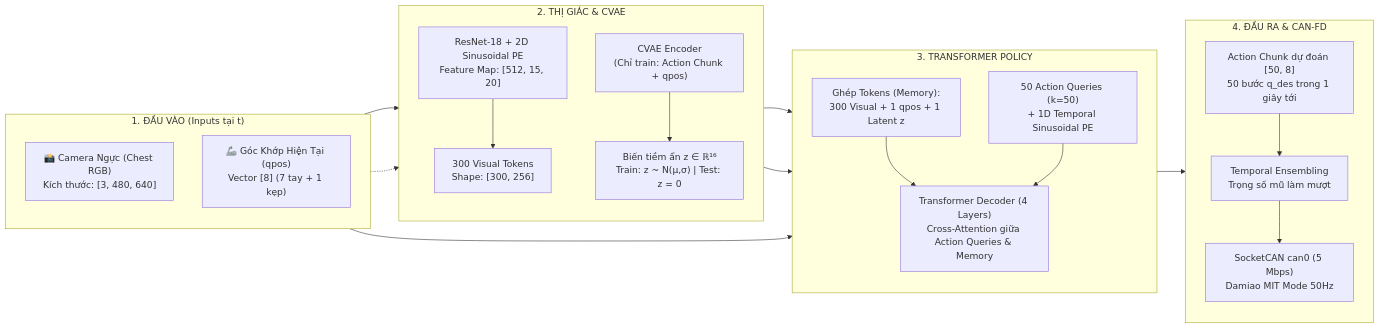
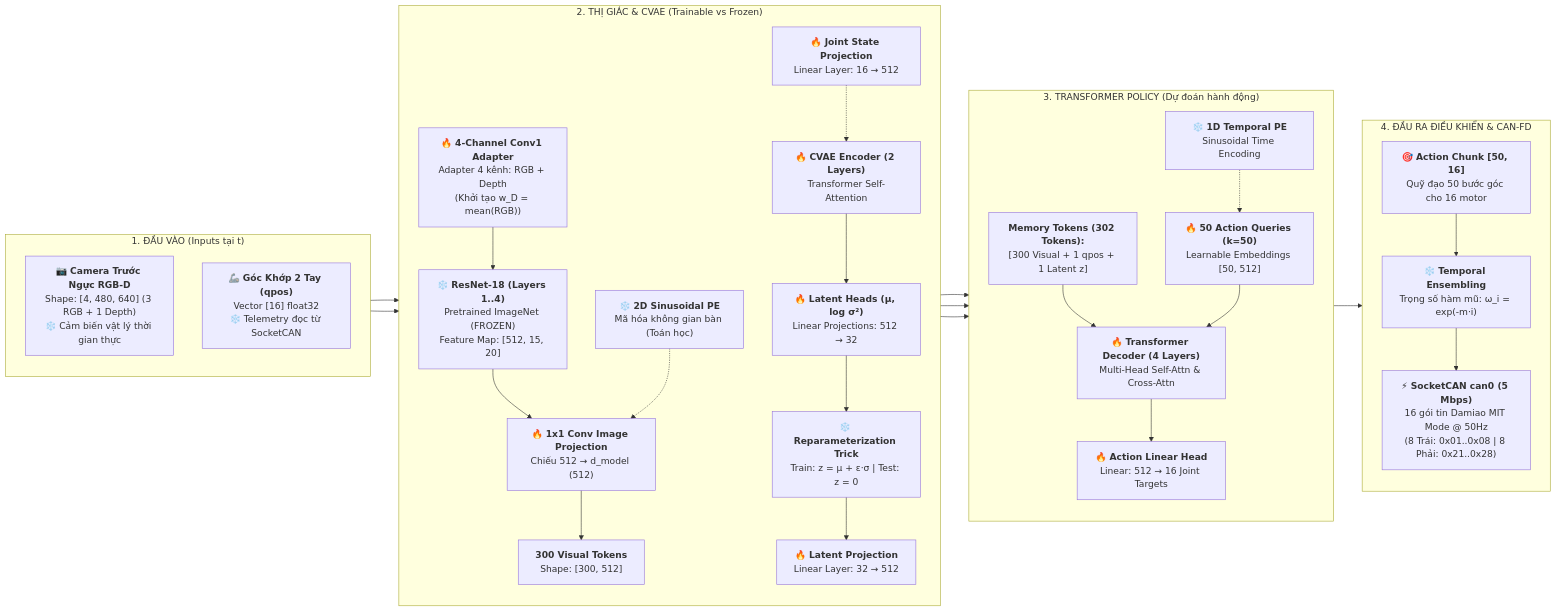
One commit to hoanglmv/openarm_can changed the diagram in ACT_ARCHITECTURE.md. Above: the diagram before and after it, drawn with Mermaid. The commit also changed other lines of this file and 15 other files, not shown here.

````diff
--- a/ACT_ARCHITECTURE.md
+++ b/ACT_ARCHITECTURE.md
@@ -5,53 +9,64 @@
 ```mermaid
 flowchart LR
     %% -------------------------------------------------------------
     %% SUBGRAPH 1: INPUTS
     %% -------------------------------------------------------------
     subgraph G1 ["1. ĐẦU VÀO (Inputs tại t)"]
         direction TB
-        CamChest["📸 Camera Ngực (Chest RGB)\nKích thước: [3, 480, 640]"]
-        JointState["🦾 Góc Khớp Hiện Tại (qpos)\nVector [8] (7 tay + 1 kẹp)"]
+        CamRGBD["📷 <b>Camera Trước Ngực RGB-D</b>\nShape: [4, 480, 640] (3 RGB + 1 Depth)\n❄️ Cảm biến vật lý thời gian thực"]
+        JointState["🦾 <b>Góc Khớp 2 Tay (qpos)</b>\nVector [16] float32\n❄️ Telemetry đọc từ SocketCAN"]
     end
 
     %% -------------------------------------------------------------
     %% SUBGRAPH 2: BACKBONE & CVAE
     %% -------------------------------------------------------------
-    subgraph G2 ["2. THỊ GIÁC & CVAE"]
+    subgraph G2 ["2. THỊ GIÁC & CVAE (Trainable vs Frozen)"]
         direction TB
-        ResNet["ResNet-18 + 2D Sinusoidal PE\nFeature Map: [512, 15, 20]"]
-        VisualTokens["300 Visual Tokens\nShape: [300, 256]"]
-        CVAE_Enc["CVAE Encoder\n(Chỉ train: Action Chunk + qpos)"]
-        LatentZ["Biến tiềm ẩn z ∈ ℝ¹⁶\nTrain: z ~ N(μ,σ) | Test: z = 0"]
+        Conv1_Adapter["🔥 <b>4-Channel Conv1 Adapter</b>\nAdapter 4 kênh: RGB + Depth\n(Khởi tạo w_D = mean(RGB))"]
+        ResNet["❄️ <b>ResNet-18 (Layers 1..4)</b>\nPretrained ImageNet (FROZEN)\nFeature Map: [512, 15, 20]"]
+        PosEmbed2D["❄️ <b>2D Sinusoidal PE</b>\nMã hóa không gian bàn (Toán học)"]
+        ImgProj["🔥 <b>1x1 Conv Image Projection</b>\nChiếu 512 → d_model (512)"]
+        VisualTokens["<b>300 Visual Tokens</b>\nShape: [300, 512]"]
+        
+        QposProj["🔥 <b>Joint State Projection</b>\nLinear Layer: 16 → 512"]
+        CVAE_Enc["🔥 <b>CVAE Encoder (2 Layers)</b>\nTransformer Self-Attention"]
+        LatentHeads["🔥 <b>Latent Heads (μ, log σ²)</b>\nLinear Projections: 512 → 32"]
+        Reparam["❄️ <b>Reparameterization Trick</b>\nTrain: z = μ + ε·σ | Test: z = 0"]
+        LatentProj["🔥 <b>Latent Projection</b>\nLinear Layer: 32 → 512"]
     end
 
     %% -------------------------------------------------------------
     %% SUBGRAPH 3: TRANSFORMER POLICY
     %% -------------------------------------------------------------
-    subgraph G3 ["3. TRANSFORMER POLICY"]
+    subgraph G3 ["3. TRANSFORMER POLICY (Dự đoán hành động)"]
         direction TB
-        TokenMixer["Ghép Tokens (Memory):\n300 Visual + 1 qpos + 1 Latent z"]
-        TransDecoder["Transformer Decoder (4 Layers)\nCross-Attention giữa Action Queries & Memory"]
-        ActionQueries["50 Action Queries (k=50)\n+ 1D Temporal Sinusoidal PE"]
+        TokenMixer["<b>Memory Tokens (302 Tokens):</b>\n[300 Visual + 1 qpos + 1 Latent z]"]
+        ActionQueries["🔥 <b>50 Action Queries (k=50)</b>\nLearnable Embeddings [50, 512]"]
+        TemporalPE["❄️ <b>1D Temporal PE</b>\nSinusoidal Time Encoding"]
+        TransDecoder["🔥 <b>Transformer Decoder (4 Layers)</b>\nMulti-Head Self-Attn & Cross-Attn"]
+        ActionHead["🔥 <b>Action Linear Head</b>\nLinear: 512 → 16 Joint Targets"]
     end
 
     %% -------------------------------------------------------------
     %% SUBGRAPH 4: OUTPUT & CAN-FD
     %% -------------------------------------------------------------
-    subgraph G4 ["4. ĐẦU RA & CAN-FD"]
+    subgraph G4 ["4. ĐẦU RA ĐIỀU KHIỂN & CAN-FD"]
         direction TB
-        ActionChunk["Action Chunk dự đoán [50, 8]\n50 bước q_des trong 1 giây tới"]
-        Ensemble["Temporal Ensembling\nTrọng số mũ làm mượt"]
-        CANExecution["SocketCAN can0 (5 Mbps)\nDamiao MIT Mode 50Hz"]
+        ActionChunk["🎯 <b>Action Chunk [50, 16]</b>\nQuỹ đạo 50 bước góc cho 16 motor"]
+        Ensemble["❄️ <b>Temporal Ensembling</b>\nTrọng số hàm mũ: ω_i = exp(-m·i)"]
+        CANExecution["⚡ <b>SocketCAN can0 (5 Mbps)</b>\n16 gói tin Damiao MIT Mode @ 50Hz\n(8 Trái: 0x01..0x08 | 8 Phải: 0x21..0x28)"]
     end
 
-    %% LIÊN KẾT LUỒNG DỮ LIỆU TỪ TRÁI SANG PHẢI
-    CamChest --> ResNet --> VisualTokens --> TokenMixer
-    JointState --> TokenMixer
-    JointState -.-> CVAE_Enc --> LatentZ --> TokenMixer
+    %% LIÊN KẾT LUỒNG DỮ LIỆU
+    CamRGBD --> Conv1_Adapter --> ResNet --> ImgProj
+    PosEmbed2D -.-> ImgProj --> VisualTokens --> TokenMixer
+
+    JointState --> QposProj --> TokenMixer
+    QposProj -.-> CVAE_Enc --> LatentHeads --> Reparam --> LatentProj --> TokenMixer
 
     TokenMixer --> TransDecoder
-    ActionQueries --> TransDecoder
+    TemporalPE -.-> ActionQueries --> TransDecoder
 
-    TransDecoder --> ActionChunk
+    TransDecoder --> ActionHead --> ActionChunk
     ActionChunk --> Ensemble --> CANExecution
 ```
````
